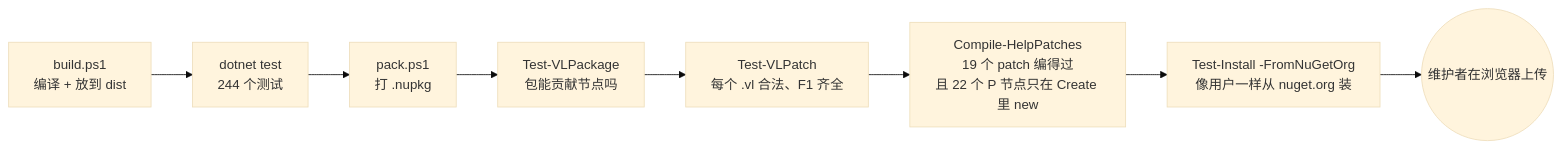
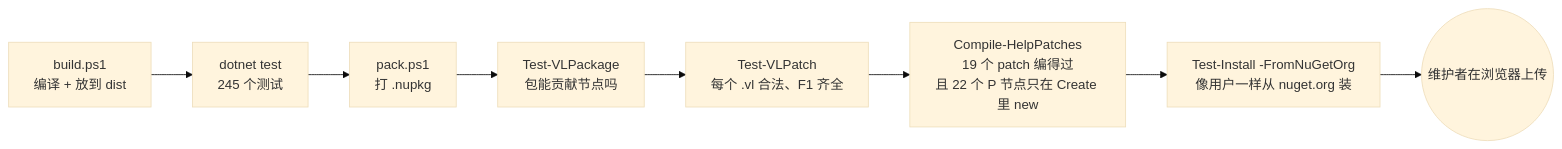
One commit to rednotfound/VL.Mapsui changed the third of 3 diagrams in docs/READING-GUIDE.zh.md. Above: the diagram before and after it, drawn with Mermaid (base theme). The commit also changed other lines of this file and 36 other files, not shown here.

````diff
--- a/docs/READING-GUIDE.zh.md
+++ b/docs/READING-GUIDE.zh.md
@@ -346,10 +346,10 @@
 ```mermaid
 flowchart LR
-  A["build.ps1<br/>编译 + 放到 dist"] --> B["dotnet test<br/>244 个测试"]
+  A["build.ps1<br/>编译 + 放到 dist"] --> B["dotnet test<br/>245 个测试"]
   B --> C["pack.ps1<br/>打 .nupkg"]
   C --> D["Test-VLPackage<br/>包能贡献节点吗"]
   D --> E["Test-VLPatch<br/>每个 .vl 合法、F1 齐全"]
   E --> F["Compile-HelpPatches<br/>19 个 patch 编得过<br/>且 22 个 P 节点只在 Create 里 new"]
   F --> G["Test-Install -FromNuGetOrg<br/>像用户一样从 nuget.org 装"]
   G --> H(("维护者在浏览器上传"))
 ```
````
